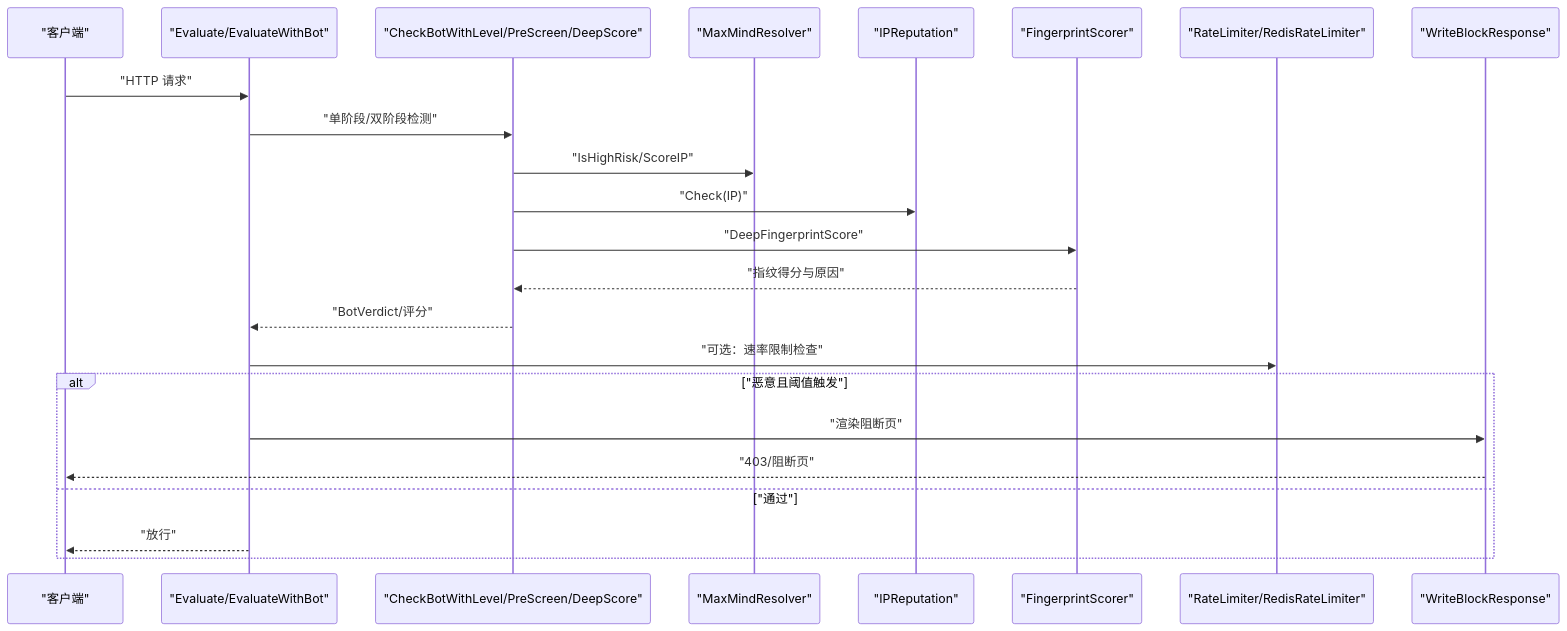
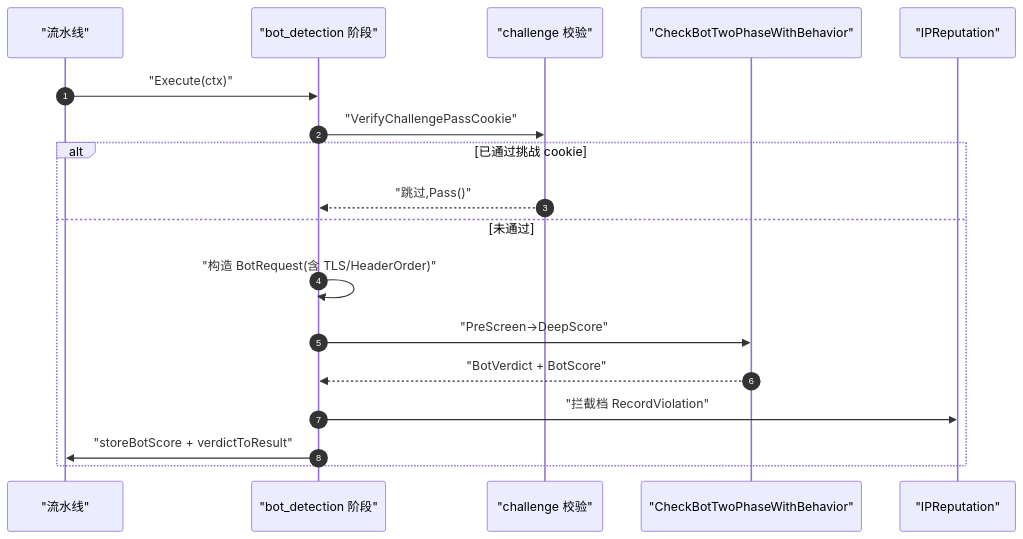
The first of 3 diagrams in docs/WAF 引擎系统/处理阶段详解/机器人检测阶段.md (x01n/My-OpenWaf), drawn with Mermaid before and after one commit. The commit also changed other lines of this file and 622 other files, not shown here.

````diff
--- a/docs/WAF 引擎系统/处理阶段详解/机器人检测阶段.md
+++ b/docs/WAF 引擎系统/处理阶段详解/机器人检测阶段.md
@@ -105,25 +77,20 @@
 ```mermaid
 sequenceDiagram
-participant Client as "客户端"
-participant Eval as "Evaluate/EvaluateWithBot"
-participant Bot as "CheckBotWithLevel/PreScreen/DeepScore"
-participant Geo as "MaxMindResolver"
-participant Rep as "IPReputation"
-participant FP as "FingerprintScorer"
-participant RL as "RateLimiter/RedisRateLimiter"
-participant Block as "WriteBlockResponse"
-Client->>Eval : "HTTP 请求"
-Eval->>Bot : "单阶段/双阶段检测"
-Bot->>Geo : "IsHighRisk/ScoreIP"
-Bot->>Rep : "Check(IP)"
-Bot->>FP : "DeepFingerprintScore"
-FP-->>Bot : "指纹得分与原因"
-Bot-->>Eval : "BotVerdict/评分"
-Eval->>RL : "可选：速率限制检查"
-alt "恶意且阈值触发"
-Eval->>Block : "渲染阻断页"
-Block-->>Client : "403/阻断页"
-else "通过"
-Eval-->>Client : "放行"
-end
+  autonumber
+  participant Pipe as "流水线"
+  participant Bot as "bot_detection 阶段"
+  participant Ch as "challenge 校验"
+  participant Two as "CheckBotTwoPhaseWithBehavior"
+  participant Rep as "IPReputation"
+  Pipe->>Bot : "Execute(ctx)"
+  Bot->>Ch : "VerifyChallengePassCookie"
+  alt 已通过挑战 cookie
+    Ch-->>Bot : "跳过,Pass()"
+  else 未通过
+    Bot->>Bot : "构造 BotRequest(含 TLS/HeaderOrder)"
+    Bot->>Two : "PreScreen→DeepScore"
+    Two-->>Bot : "BotVerdict + BotScore"
+    Bot->>Rep : "拦截档 RecordViolation"
+    Bot->>Pipe : "storeBotScore + verdictToResult"
+  end
 ```
````
